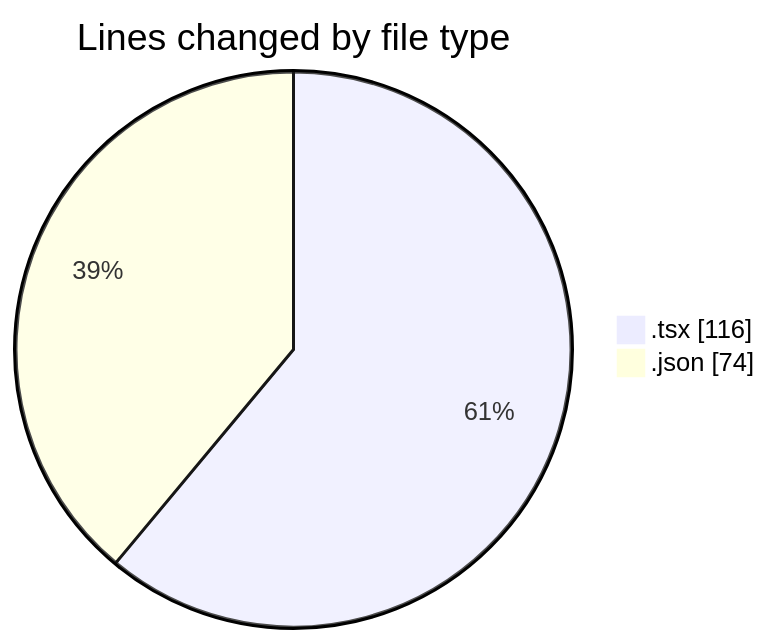
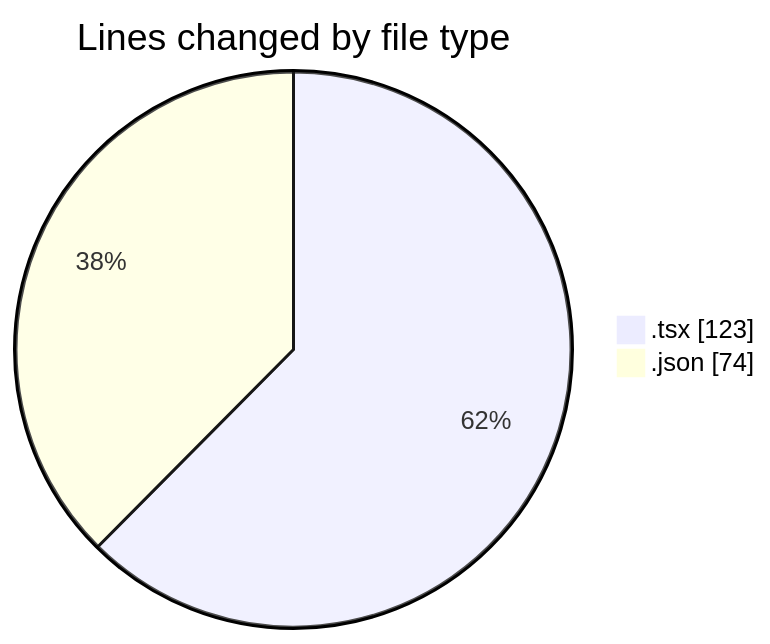
The first of 2 diagrams in 2025-04-08/cda/README.md (momahboobian/code-tracking), drawn with Mermaid before and after one commit. The commit also changed other lines of this file and 1 other file, not shown here.

````diff
--- a/2025-04-08/cda/README.md
+++ b/2025-04-08/cda/README.md
@@ -21,6 +21,6 @@
 ```mermaid
 pie showData
 title Lines changed by file type
-".tsx" : 116
+".tsx" : 123
 ".json" : 74
 ```
````
